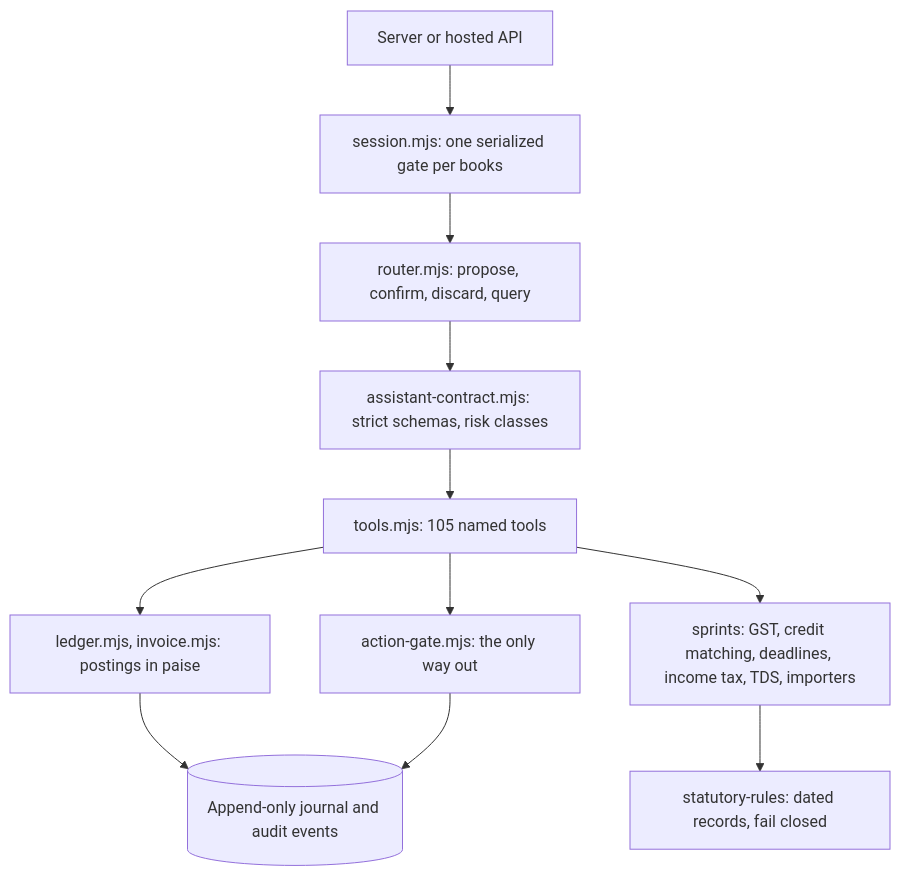
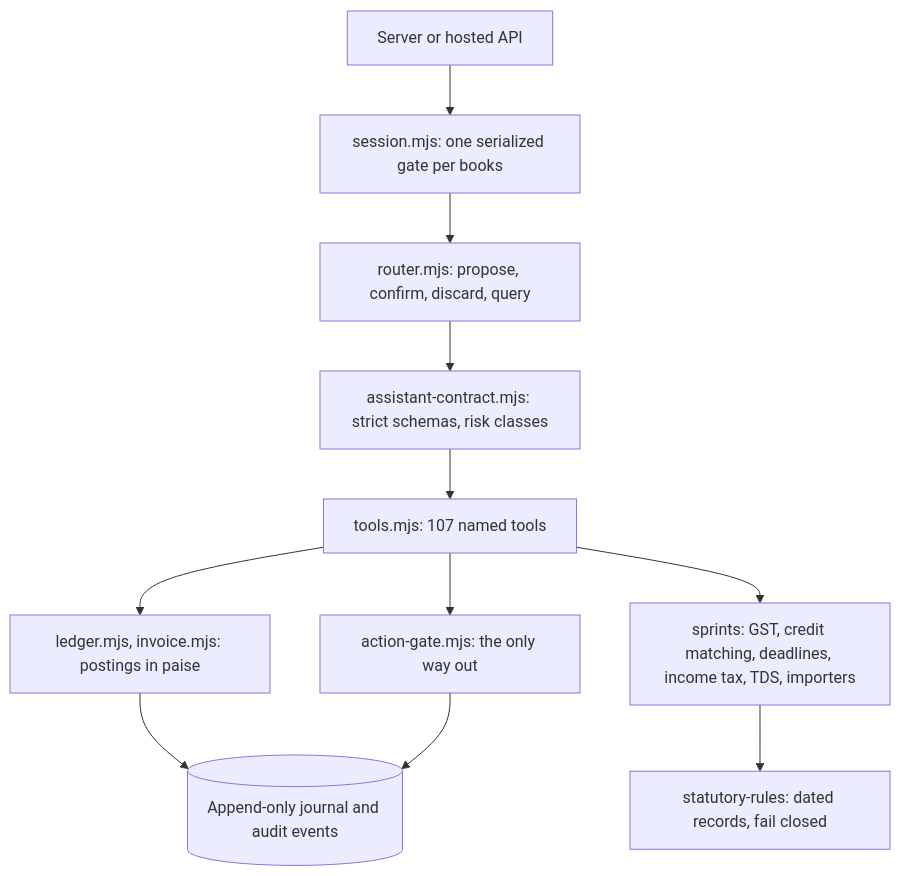
One commit to Vidyuthlabstechnologies/myca changed the second of 3 diagrams in docs/architecture/ARCHITECTURE.md. Above: the diagram before and after it, drawn with Mermaid. The commit also changed other lines of this file and 31 other files, not shown here.

````diff
--- a/docs/architecture/ARCHITECTURE.md
+++ b/docs/architecture/ARCHITECTURE.md
@@ -56,13 +56,13 @@
 ```mermaid
 flowchart TD
   caller[Server or hosted API] --> session[session.mjs: one serialized gate per books]
   session --> router[router.mjs: propose, confirm, discard, query]
   router --> contract[assistant-contract.mjs: strict schemas, risk classes]
-  contract --> tools[tools.mjs: 105 named tools]
+  contract --> tools[tools.mjs: 107 named tools]
   tools --> ledger[ledger.mjs, invoice.mjs: postings in paise]
   tools --> engines[sprints: GST, credit matching, deadlines, income tax, TDS, importers]
   tools --> gate[action-gate.mjs: the only way out]
   engines --> rules[statutory-rules: dated records, fail closed]
   ledger --> journal[(Append-only journal and audit events)]
   gate --> journal
 ```
````
